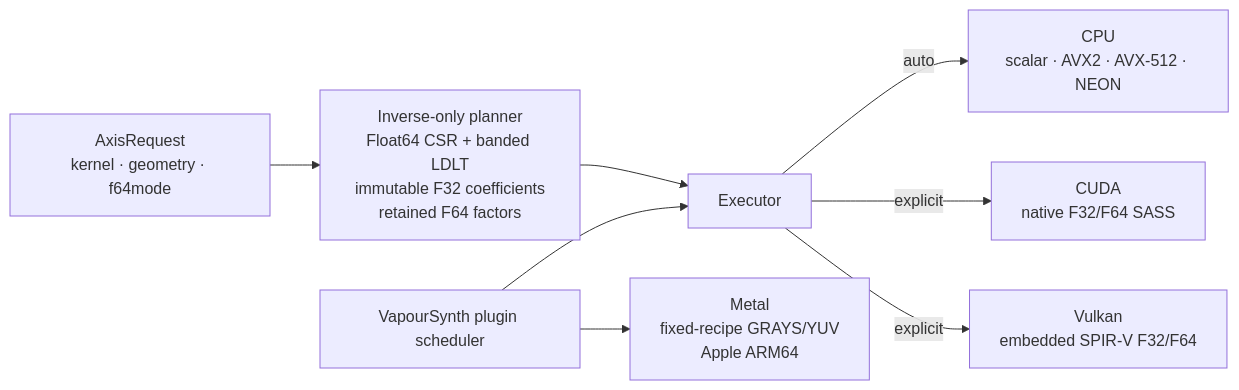
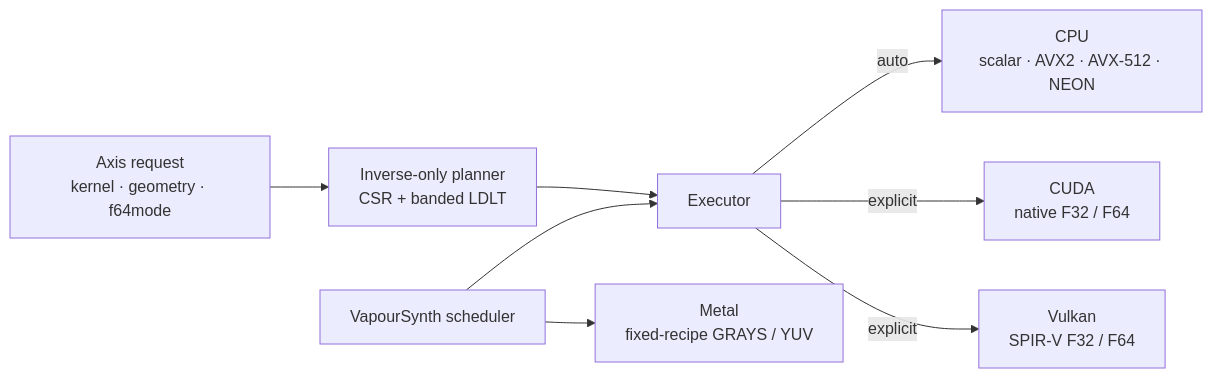
One commit to AmusementClub/vapoursynth-descalemvc changed the diagram in README.md. Above: the diagram before and after it, drawn with Mermaid. The commit also changed other lines of this file and 4 other files, not shown here.

````diff
--- a/README.md
+++ b/README.md
@@ -124,10 +97,10 @@
 ```mermaid
 flowchart LR
-    REQ[AxisRequest<br/>kernel · geometry · f64mode] --> PLN[Inverse-only planner<br/>Float64 CSR + banded LDLT<br/>immutable F32 coefficients<br/>retained F64 factors]
-    PLN --> EX[Executor]
-    EX -->|auto| CPU[CPU<br/>scalar · AVX2 · AVX-512 · NEON]
-    EX -->|explicit| CUDA[CUDA<br/>native F32/F64 SASS]
-    EX -->|explicit| VK[Vulkan<br/>embedded SPIR-V F32/F64]
-    PLG[VapourSynth plugin scheduler] --> MET[Metal<br/>fixed-recipe GRAYS/YUV<br/>Apple ARM64]
+    REQ["Axis request<br/>kernel · geometry · f64mode"] --> PLN["Inverse-only planner<br/>CSR + banded LDLT"]
+    PLN --> EX["Executor"]
+    EX -->|auto| CPU["CPU<br/>scalar · AVX2 · AVX-512 · NEON"]
+    EX -->|explicit| CUDA["CUDA<br/>native F32 / F64"]
+    EX -->|explicit| VK["Vulkan<br/>SPIR-V F32 / F64"]
+    PLG["VapourSynth scheduler"] --> MET["Metal<br/>fixed-recipe GRAYS / YUV"]
     PLG --> EX
 ```
````
